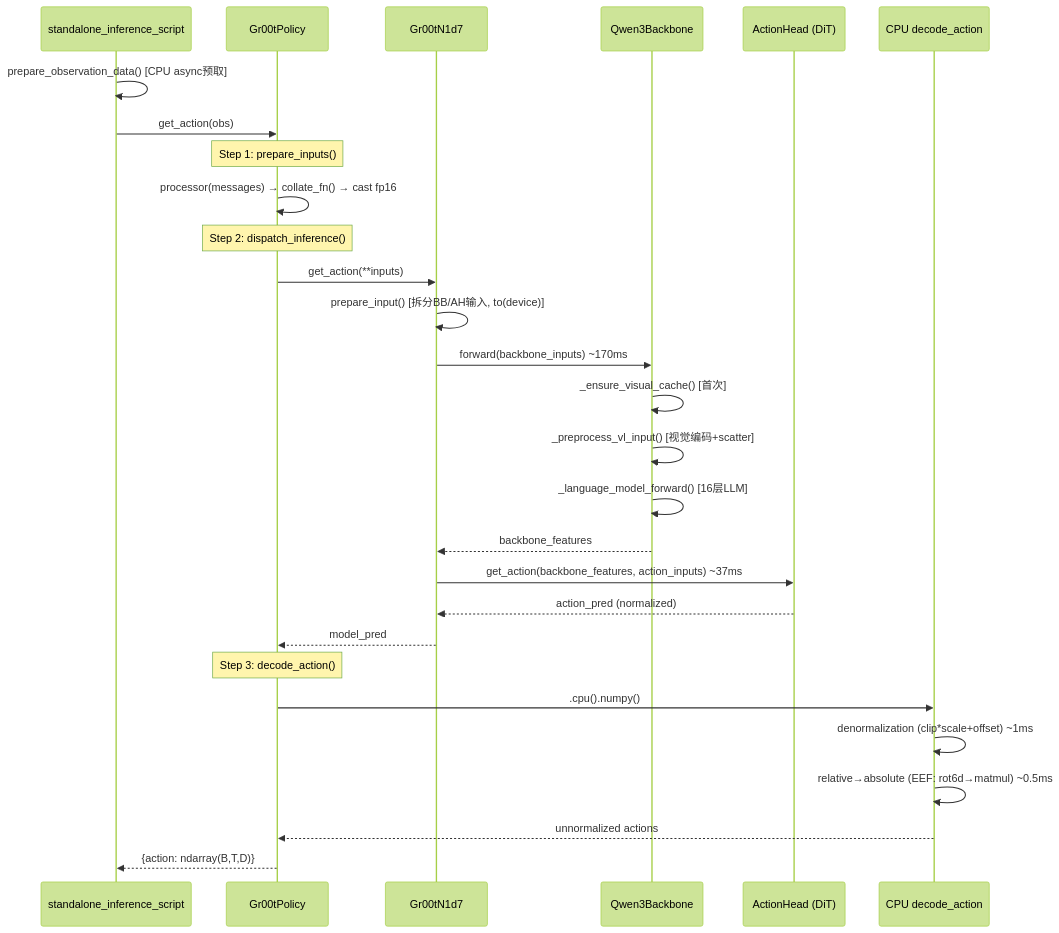
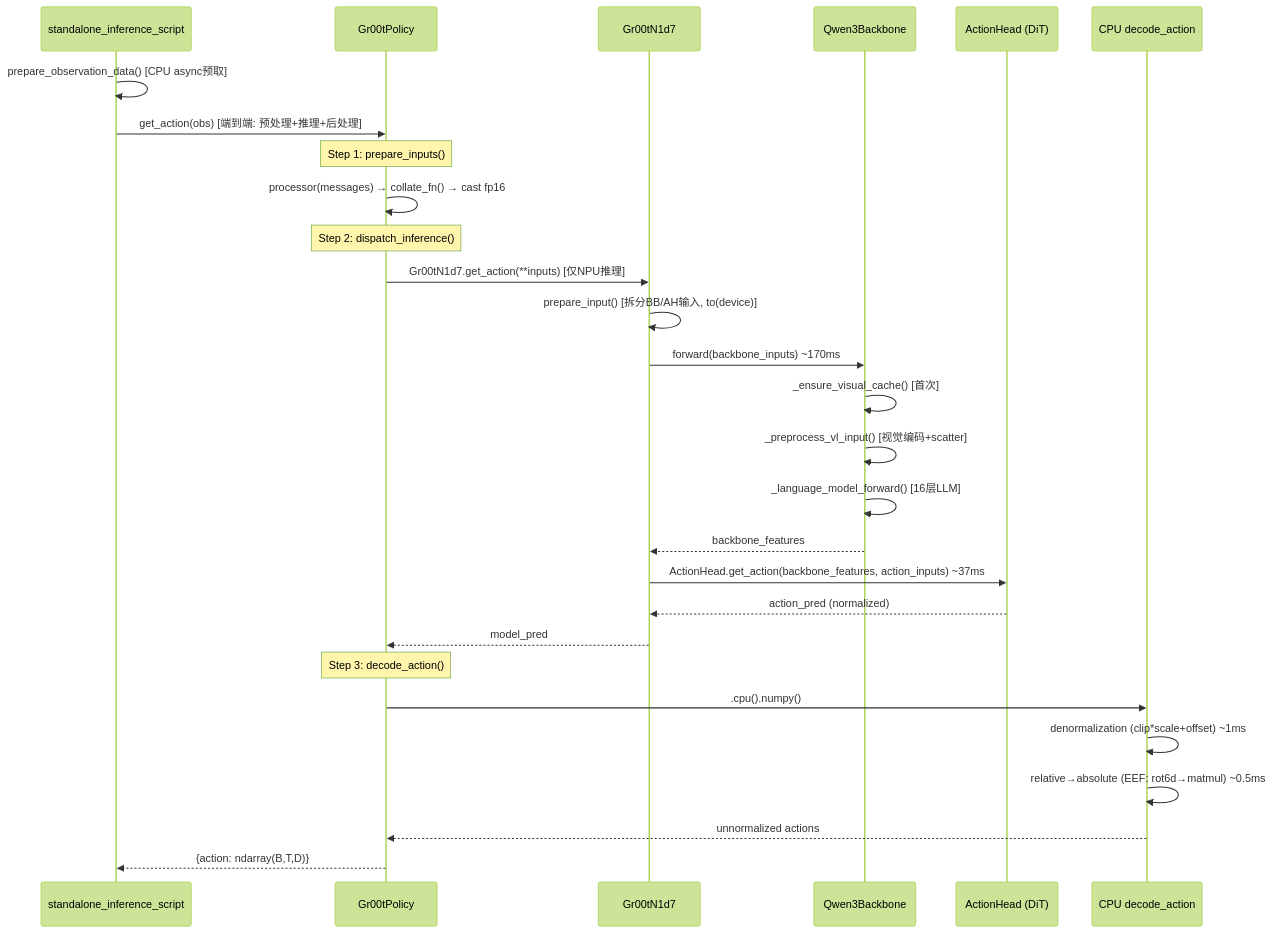
Before and after one commit to WeNeedMoreCode/Isaac-GR00T: the second of 3 diagrams in inference_class_diagram.md, drawn with Mermaid (forest theme). The commit also changed 1 other file, not shown here.

Commit message:
删除依赖

````diff
--- a/inference_class_diagram.md
+++ b/inference_class_diagram.md
@@ -278,37 +278,37 @@
 ```mermaid
 sequenceDiagram
     participant Script as standalone_inference_script
     participant Policy as Gr00tPolicy
     participant Model as Gr00tN1d7
     participant BB as Qwen3Backbone
     participant AH as ActionHead (DiT)
     participant CPU as CPU decode_action
 
     Script->>Script: prepare_observation_data() [CPU async预取]
 
-    Script->>Policy: get_action(obs)
+    Script->>Policy: get_action(obs) [端到端: 预处理+推理+后处理]
     Note over Policy: Step 1: prepare_inputs()
     Policy->>Policy: processor(messages) → collate_fn() → cast fp16
 
     Note over Policy: Step 2: dispatch_inference()
-    Policy->>Model: get_action(**inputs)
+    Policy->>Model: Gr00tN1d7.get_action(**inputs) [仅NPU推理]
     Model->>Model: prepare_input() [拆分BB/AH输入, to(device)]
 
     Model->>BB: forward(backbone_inputs) ~170ms
     BB->>BB: _ensure_visual_cache() [首次]
     BB->>BB: _preprocess_vl_input() [视觉编码+scatter]
     BB->>BB: _language_model_forward() [16层LLM]
     BB-->>Model: backbone_features
 
-    Model->>AH: get_action(backbone_features, action_inputs) ~37ms
+    Model->>AH: ActionHead.get_action(backbone_features, action_inputs) ~37ms
     AH-->>Model: action_pred (normalized)
     Model-->>Policy: model_pred
 
     Note over Policy: Step 3: decode_action()
     Policy->>CPU: .cpu().numpy()
     CPU->>CPU: denormalization (clip*scale+offset) ~1ms
     CPU->>CPU: relative→absolute (EEF: rot6d→matmul) ~0.5ms
     CPU-->>Policy: unnormalized actions
 
     Policy-->>Script: {action: ndarray(B,T,D)}
 ```
````
